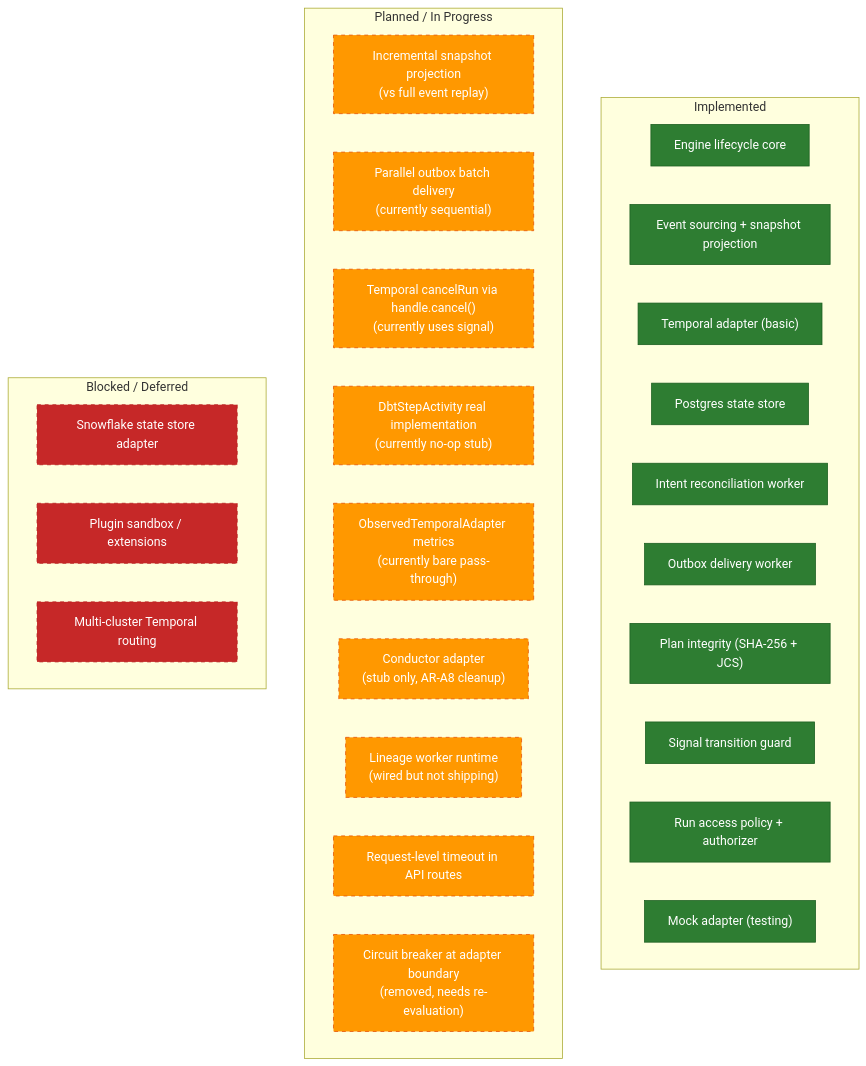
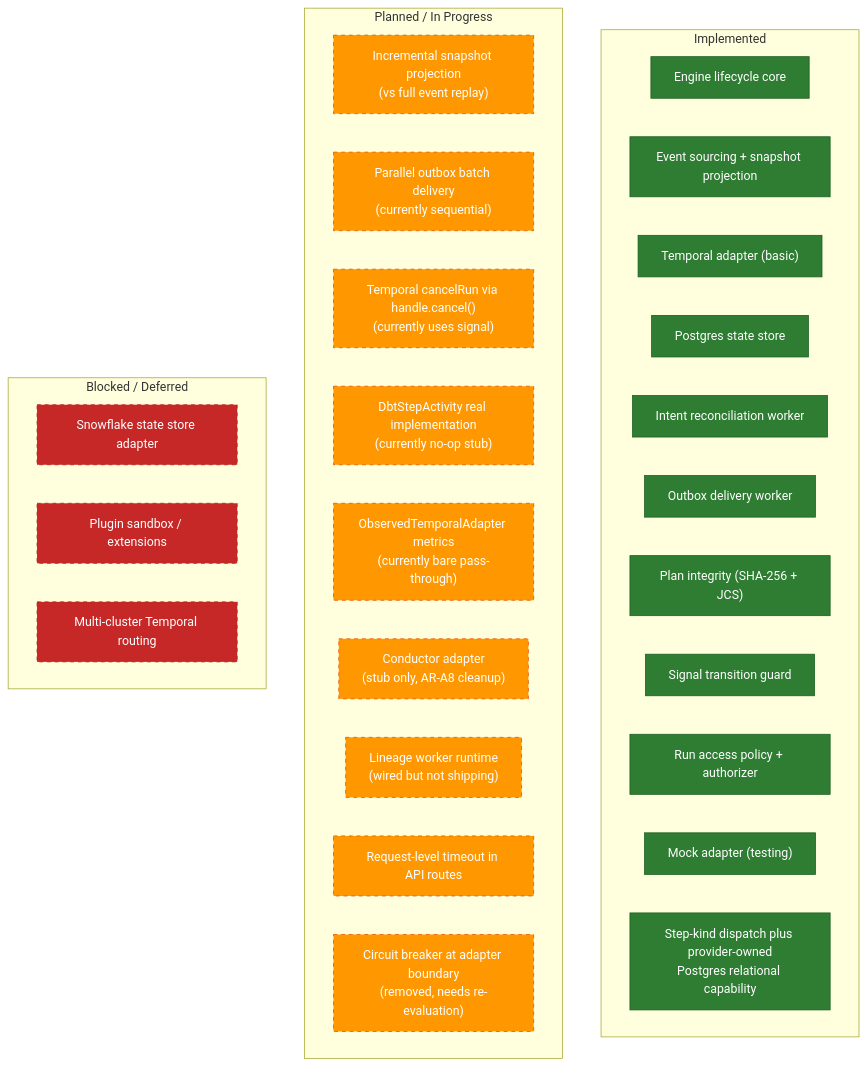
One commit to dunay2/dvt changed diagram 13 of 13 in docs/architecture/diagrams/implementation-architecture-diagrams.md. Above: the diagram before and after it, drawn with Mermaid. The commit also changed other lines of this file and 16 other files, not shown here.

````diff
--- a/docs/architecture/diagrams/implementation-architecture-diagrams.md
+++ b/docs/architecture/diagrams/implementation-architecture-diagrams.md
@@ -1220,37 +1242,38 @@
 ```mermaid
 flowchart TB
   classDef impl fill:#2E7D32,color:#fff,stroke:#1B5E20
   classDef planned fill:#FF9800,color:#fff,stroke:#E65100,stroke-dasharray:5 5
   classDef blocked fill:#C62828,color:#fff,stroke:#B71C1C,stroke-dasharray:5 5
 
   subgraph "Implemented"
     E1["Engine lifecycle core"]:::impl
     E2["Event sourcing + snapshot projection"]:::impl
     E3["Temporal adapter (basic)"]:::impl
     E4["Postgres state store"]:::impl
     E5["Intent reconciliation worker"]:::impl
     E6["Outbox delivery worker"]:::impl
     E7["Plan integrity (SHA-256 + JCS)"]:::impl
     E8["Signal transition guard"]:::impl
     E9["Run access policy + authorizer"]:::impl
     E10["Mock adapter (testing)"]:::impl
+    E11["Step-kind dispatch plus provider-owned<br/>Postgres relational capability"]:::impl
   end
 
   subgraph "Planned / In Progress"
     P1["Incremental snapshot projection<br/>(vs full event replay)"]:::planned
     P2["Parallel outbox batch delivery<br/>(currently sequential)"]:::planned
     P3["Temporal cancelRun via handle.cancel()<br/>(currently uses signal)"]:::planned
     P4["DbtStepActivity real implementation<br/>(currently no-op stub)"]:::planned
     P5["ObservedTemporalAdapter metrics<br/>(currently bare pass-through)"]:::planned
     P6["Conductor adapter<br/>(stub only, AR-A8 cleanup)"]:::planned
     P7["Lineage worker runtime<br/>(wired but not shipping)"]:::planned
     P8["Request-level timeout in API routes"]:::planned
     P9["Circuit breaker at adapter boundary<br/>(removed, needs re-evaluation)"]:::planned
   end
 
   subgraph "Blocked / Deferred"
     B1["Snowflake state store adapter"]:::blocked
     B2["Plugin sandbox / extensions"]:::blocked
     B3["Multi-cluster Temporal routing"]:::blocked
   end
 ```
````
